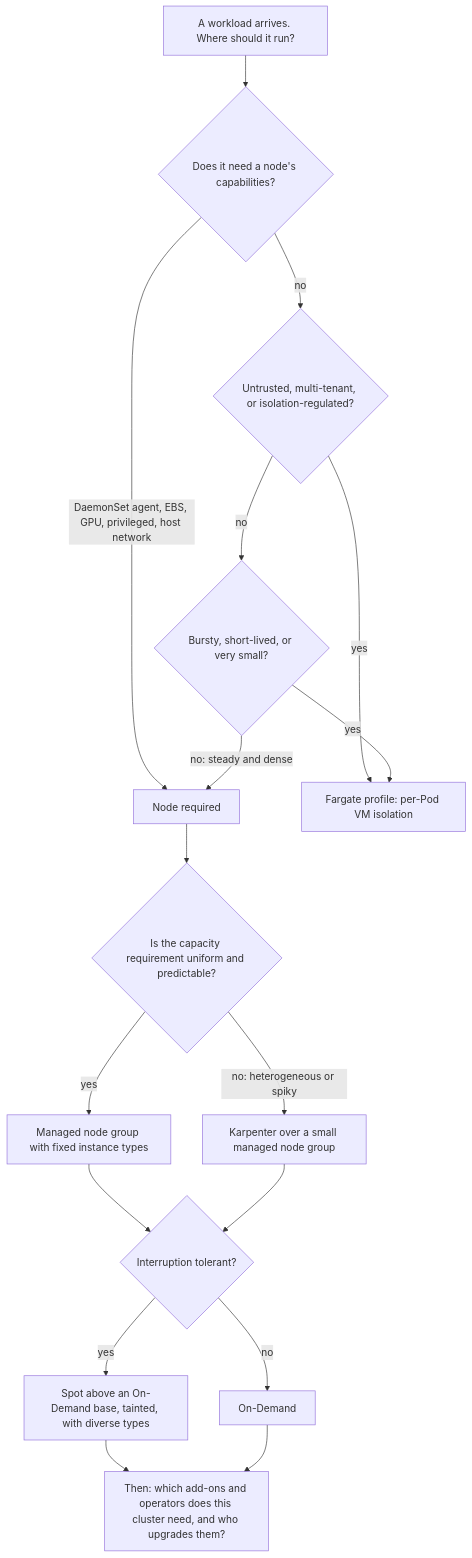
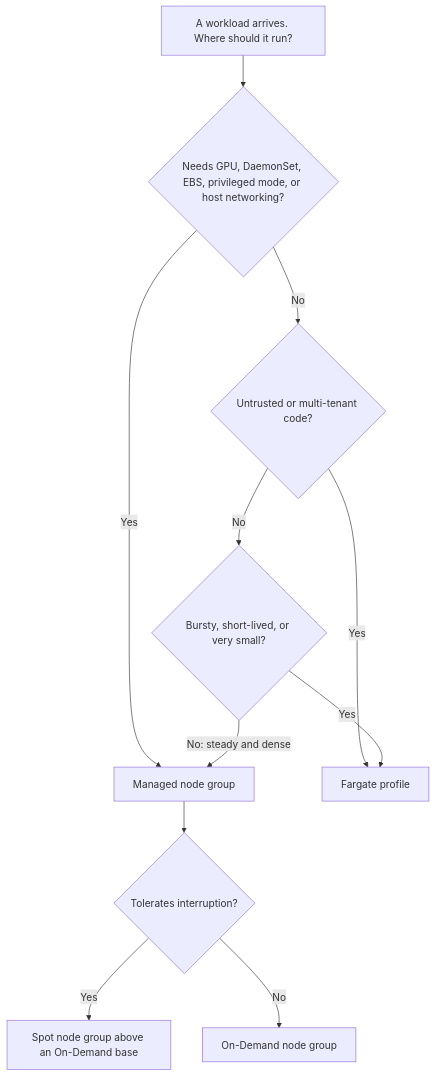
One commit to norbutlepcha25/dso303 changed the fourth of 5 diagrams in docs/unit3/topic3.md. Above: the diagram before and after it, drawn with Mermaid. The commit also changed other lines of this file and 164 other files, not shown here.

````diff
--- a/docs/unit3/topic3.md
+++ b/docs/unit3/topic3.md
@@ -649,19 +336,13 @@
 ```mermaid
 flowchart TD
-    A["A workload arrives. Where should it run?"] --> B{"Does it need a node's capabilities?"}
-    B -->|"DaemonSet agent, EBS, GPU, privileged, host network"| C["Node required"]
-    B -->|"no"| D{"Untrusted, multi-tenant, or isolation-regulated?"}
-    D -->|"yes"| E["Fargate profile: per-Pod VM isolation"]
-    D -->|"no"| F{"Bursty, short-lived, or very small?"}
-    F -->|"yes"| E
-    F -->|"no: steady and dense"| C
-    C --> G{"Is the capacity requirement uniform and predictable?"}
-    G -->|"yes"| H["Managed node group with fixed instance types"]
-    G -->|"no: heterogeneous or spiky"| I["Karpenter over a small managed node group"]
-    H --> J{"Interruption tolerant?"}
-    I --> J
-    J -->|"yes"| K["Spot above an On-Demand base, tainted, with diverse types"]
-    J -->|"no"| L["On-Demand"]
-    K --> M["Then: which add-ons and operators does this cluster need, and who upgrades them?"]
-    L --> M
+    A["A workload arrives. Where should it run?"] --> B{"Needs GPU, DaemonSet, EBS, privileged mode, or host networking?"}
+    B -->|"Yes"| C["Managed node group"]
+    B -->|"No"| D{"Untrusted or multi-tenant code?"}
+    D -->|"Yes"| E["Fargate profile"]
+    D -->|"No"| F{"Bursty, short-lived, or very small?"}
+    F -->|"Yes"| E
+    F -->|"No: steady and dense"| C
+    C --> G{"Tolerates interruption?"}
+    G -->|"Yes"| H["Spot node group above an On-Demand base"]
+    G -->|"No"| I["On-Demand node group"]
 ```
````
